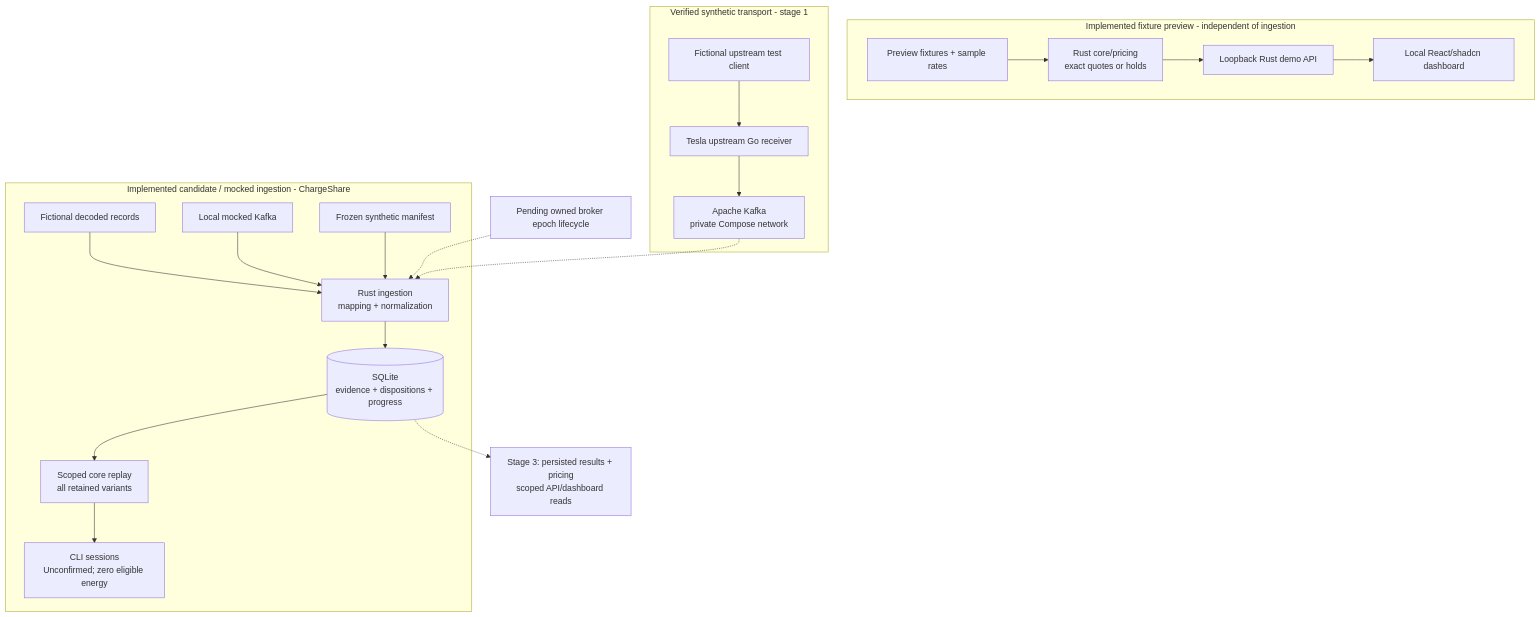
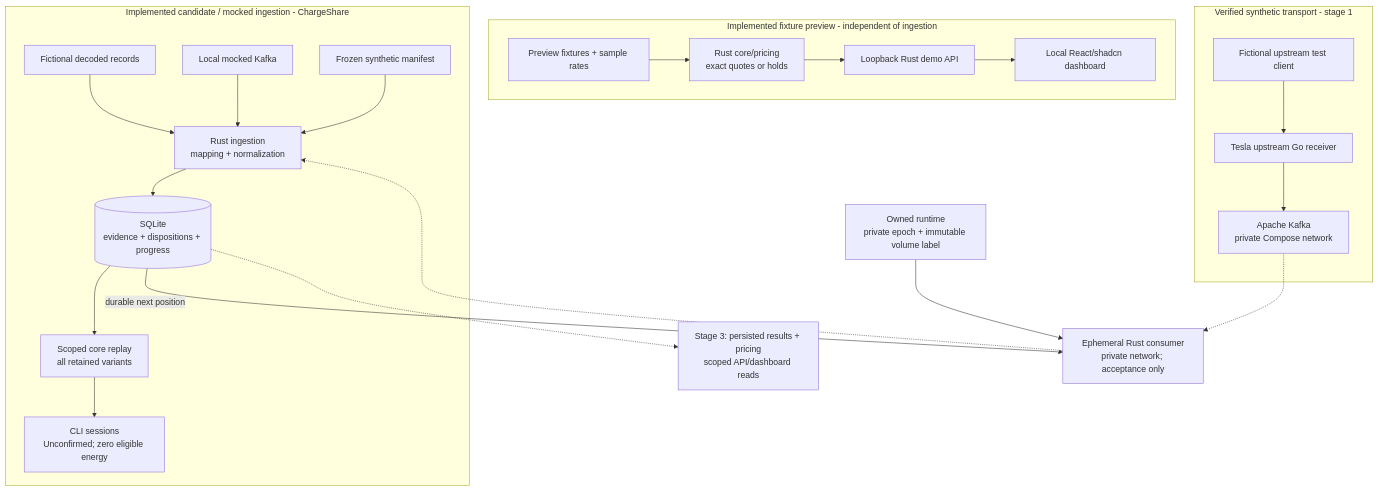
One commit to jestrada/ChargeShare changed the diagram in docs/architecture.md. Above: the diagram before and after it, drawn with Mermaid. The commit also changed other lines of this file and 30 other files, not shown here.

First line of the commit message:
Add receiver-to-SQLite ingestion acceptance with source epoch and bounded reread (#27) (#28)

````diff
--- a/docs/architecture.md
+++ b/docs/architecture.md
@@ -31,23 +39,25 @@
 ```mermaid
 flowchart TB
     subgraph ingestion_path["Implemented candidate / mocked ingestion - ChargeShare"]
         candidate["Fictional decoded records"] --> ingest["Rust ingestion<br/>mapping + normalization"]
         mock["Local mocked Kafka"] --> ingest
         manifest["Frozen synthetic manifest"] --> ingest
         ingest --> sqlite[("SQLite<br/>evidence + dispositions + progress")]
         sqlite --> replay["Scoped core replay<br/>all retained variants"]
         replay --> cli["CLI sessions<br/>Unconfirmed; zero eligible energy"]
     end
     subgraph preview_path["Implemented fixture preview - independent of ingestion"]
         demo["Preview fixtures + sample rates"] --> pricing["Rust core/pricing<br/>exact quotes or holds"]
         pricing --> api["Loopback Rust demo API"]
         api --> ui["Local React/shadcn dashboard"]
     end
     subgraph verified_transport["Verified synthetic transport - stage 1"]
         client["Fictional upstream test client"] --> receiver["Tesla upstream Go receiver"]
         receiver --> kafka["Apache Kafka<br/>private Compose network"]
     end
-    lifecycle["Pending owned broker epoch lifecycle"] -.-> ingest
-    kafka -.-> ingest
+    lifecycle["Owned runtime<br/>private epoch + immutable volume label"] --> runner["Ephemeral Rust consumer<br/>private network; acceptance only"]
+    kafka -.-> runner
+    sqlite -- "durable next position" --> runner
+    runner -.-> ingest
     sqlite -.-> results["Stage 3: persisted results + pricing<br/>scoped API/dashboard reads"]
 ```
````
